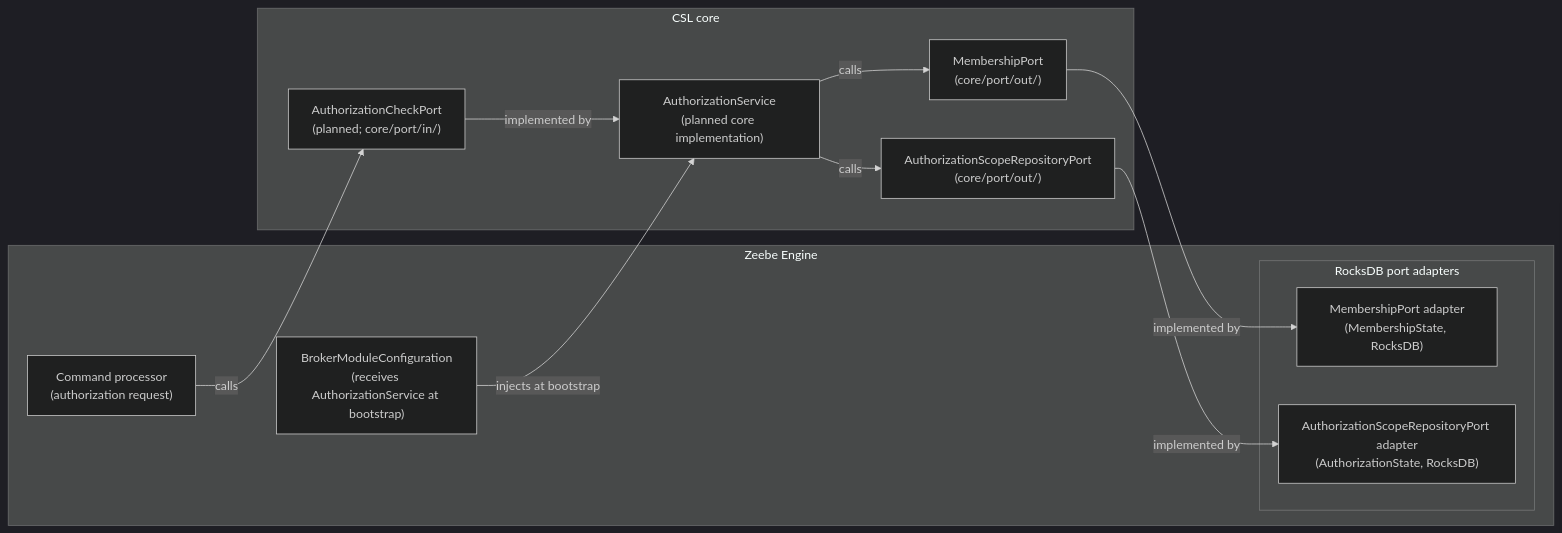
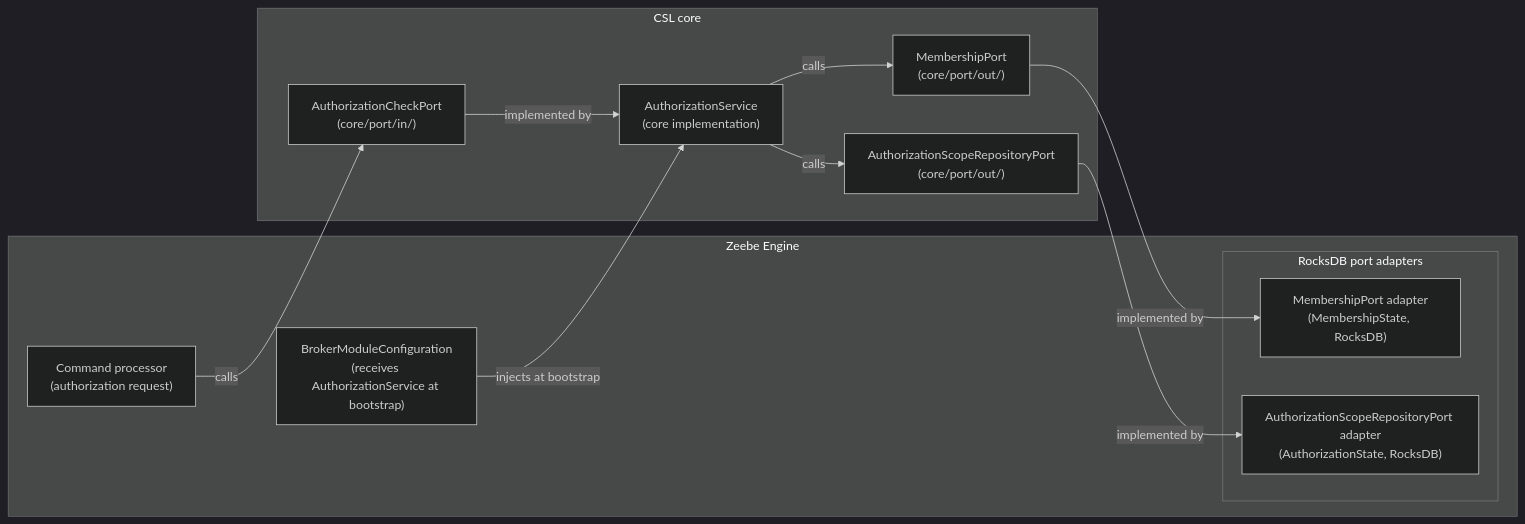
One commit to camunda/camunda-security-library changed the sixth of 8 diagrams in docs/architecture/05-building-block-view.md. Above: the diagram before and after it, drawn with Mermaid (dark theme). The commit also changed other lines of this file and 24 other files, not shown here.

First line of the commit message:
docs(architecture): describe post-8.10 rollout state and retire the Security Engine Framework

````diff
--- a/docs/architecture/05-building-block-view.md
+++ b/docs/architecture/05-building-block-view.md
@@ -604,25 +617,25 @@
 ```mermaid
 graph LR
   subgraph ENGINE["Zeebe Engine"]
     CMD_PROC["Command processor</br>(authorization request)"]
     BC["BrokerModuleConfiguration</br>(receives AuthorizationService at bootstrap)"]
     subgraph ADAPTERS["RocksDB port adapters"]
       MP_I["MembershipPort adapter</br>(MembershipState, RocksDB)"]
       ASRP_I["AuthorizationScopeRepositoryPort adapter</br>(AuthorizationState, RocksDB)"]
     end
   end
 
   subgraph CSL_CORE["CSL core"]
-    ACP["AuthorizationCheckPort</br>(planned; core/port/in/)"]
-    AS["AuthorizationService</br>(planned core implementation)"]
+    ACP["AuthorizationCheckPort</br>(core/port/in/)"]
+    AS["AuthorizationService</br>(core implementation)"]
     MP["MembershipPort</br>(core/port/out/)"]
     ASRP["AuthorizationScopeRepositoryPort</br>(core/port/out/)"]
   end
 
   BC -->|"injects at bootstrap"| AS
   CMD_PROC -->|"calls"| ACP
   ACP -->|"implemented by"| AS
   AS -->|"calls"| MP & ASRP
   MP -->|"implemented by"| MP_I
   ASRP -->|"implemented by"| ASRP_I
 ```
````
